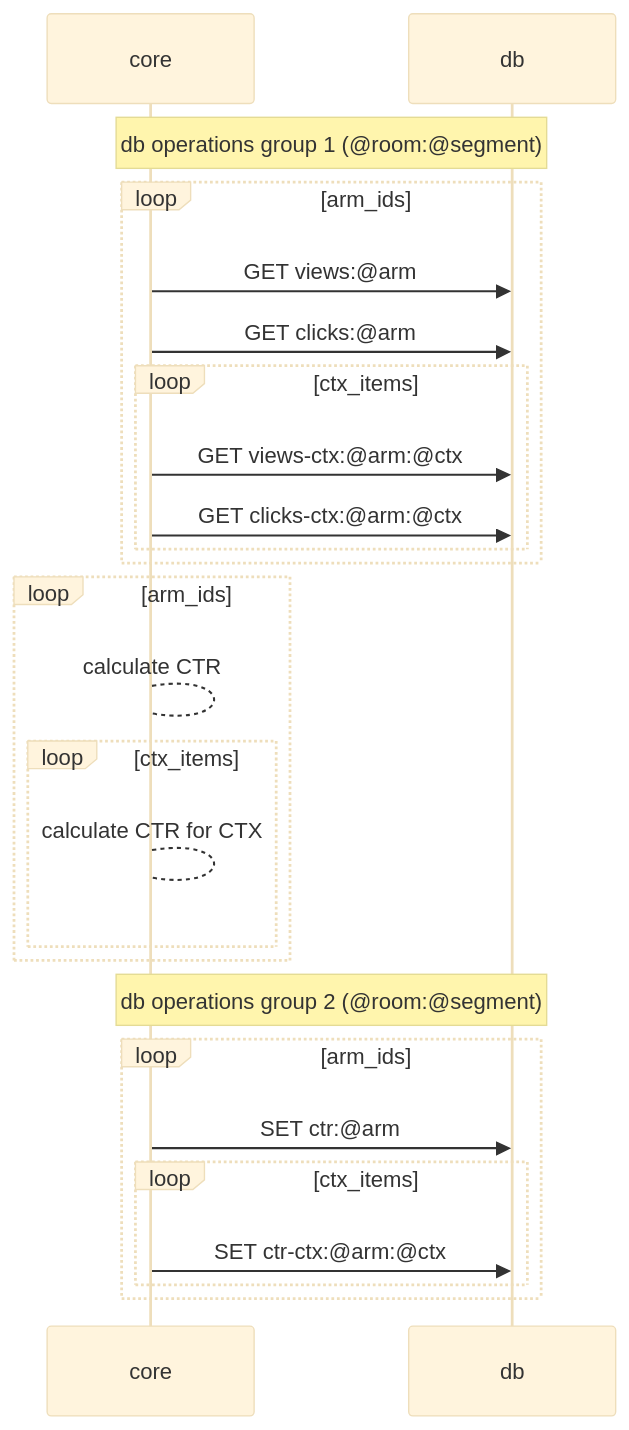
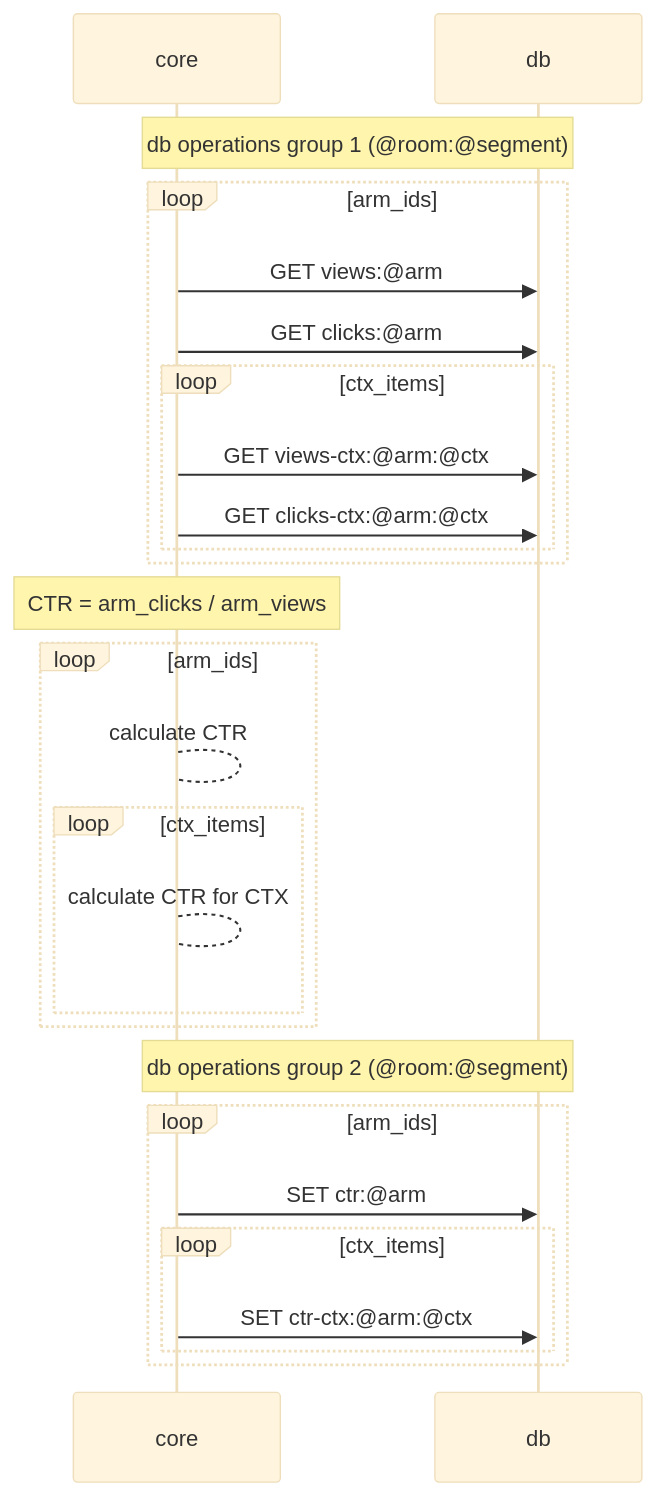
One commit to mobarski/kraken changed the first of 4 diagrams in README.md. Above: the diagram before and after it, drawn with Mermaid (base theme). The commit also changed other lines of this file and 2 other files, not shown here.

````diff
--- a/README.md
+++ b/README.md
@@ -57,29 +80,30 @@
 ```mermaid
 sequenceDiagram
 
 note over core,db : db operations group 1 (@room:@segment)
 loop arm_ids
 core ->> db : GET views:@arm
 core ->> db : GET clicks:@arm
 loop ctx_items
 core ->> db : GET views-ctx:@arm:@ctx
 core ->> db : GET clicks-ctx:@arm:@ctx
 end
 end
 
+note over core : CTR = arm_clicks / arm_views
 loop arm_ids
 core --> core : calculate CTR
 loop ctx_items
 core --> core : calculate CTR for CTX
 end
 end
 
 note over core,db : db operations group 2 (@room:@segment)
 loop arm_ids
 core ->> db : SET ctr:@arm
 loop ctx_items
 core ->> db : SET ctr-ctx:@arm:@ctx
 end
 end
 
 ```
````
